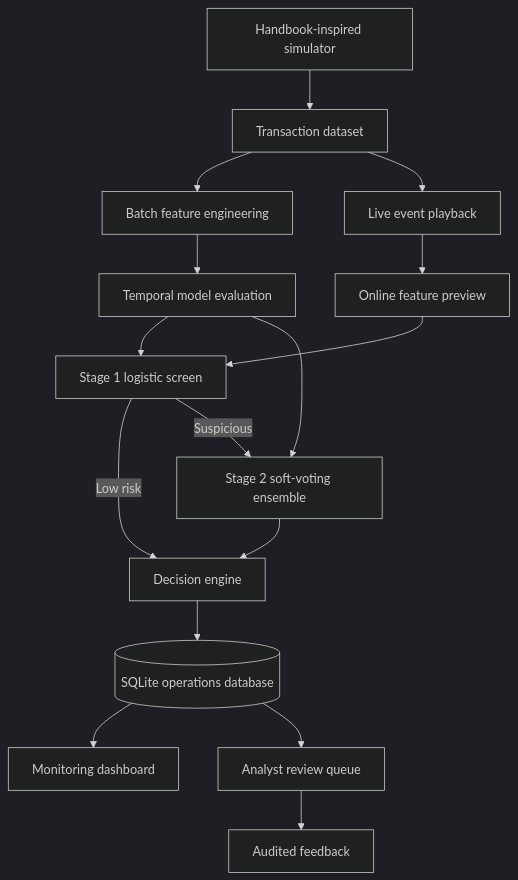
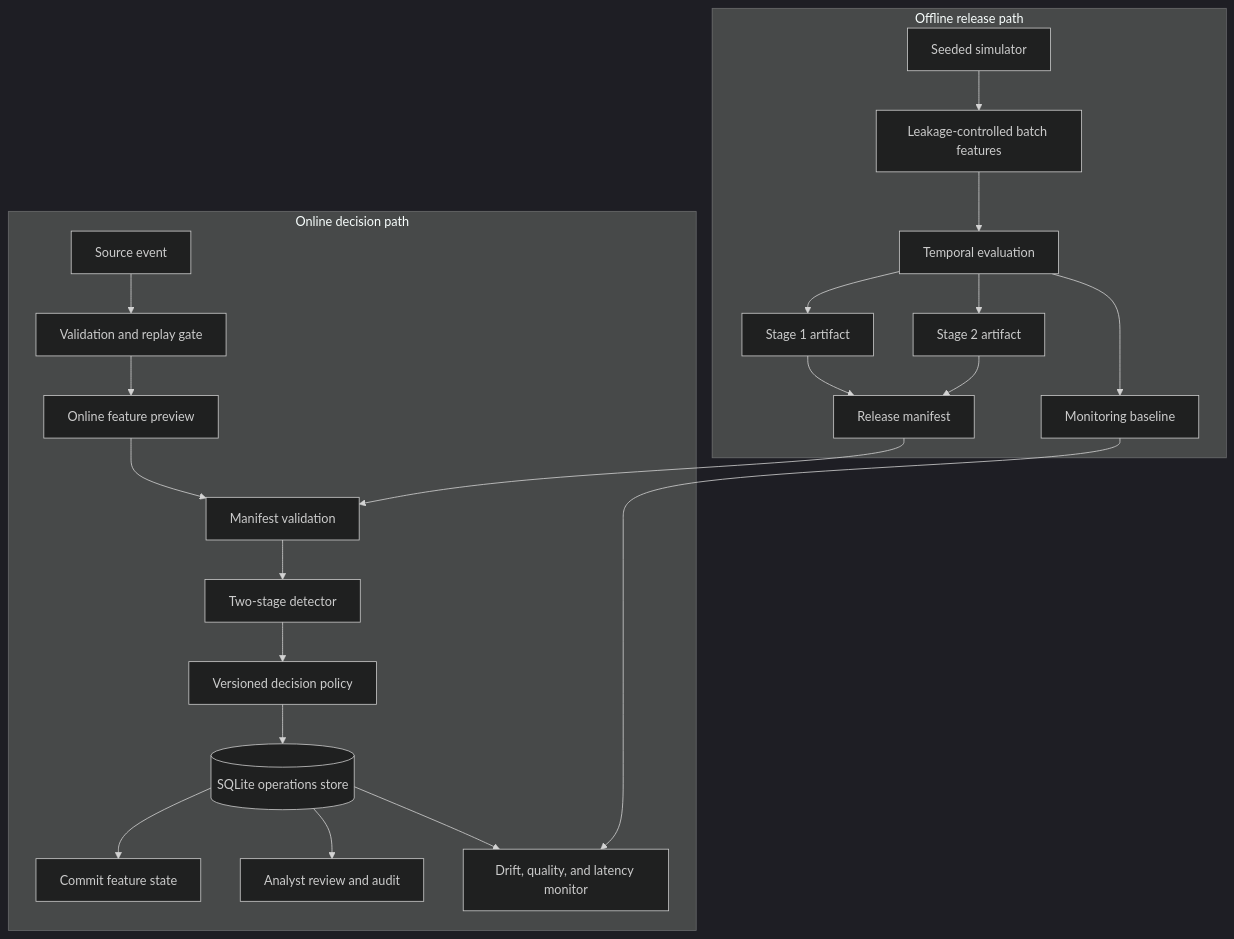
Before and after one commit to mzatylny/fraud_ops: the diagram in ARCHITECTURE.md, drawn with Mermaid (dark theme). The commit also changed other lines of this file and 31 other files, not shown here.

Commit message:
Add model governance and drift monitoring

````diff
--- a/ARCHITECTURE.md
+++ b/ARCHITECTURE.md
@@ -3,18 +5,26 @@
 ```mermaid
 flowchart TD
-    A[Handbook-inspired simulator] --> B[Transaction dataset]
-    B --> C[Batch feature engineering]
-    C --> D[Temporal model evaluation]
-    D --> E1[Stage 1 logistic screen]
-    D --> E2[Stage 2 soft-voting ensemble]
-    B --> F[Live event playback]
-    F --> G[Online feature preview]
-    G --> E1
-    E1 -->|Low risk| H[Decision engine]
-    E1 -->|Suspicious| E2
-    E2 --> H
-    H --> I[(SQLite operations database)]
-    I --> J[Monitoring dashboard]
-    I --> K[Analyst review queue]
-    K --> L[Audited feedback]
+    subgraph Offline[Offline release path]
+        A[Seeded simulator] --> B[Leakage-controlled batch features]
+        B --> C[Temporal evaluation]
+        C --> D1[Stage 1 artifact]
+        C --> D2[Stage 2 artifact]
+        D1 --> E[Release manifest]
+        D2 --> E
+        C --> F[Monitoring baseline]
+    end
+
+    subgraph Online[Online decision path]
+        G[Source event] --> H[Validation and replay gate]
+        H --> I[Online feature preview]
+        I --> J[Manifest validation]
+        E --> J
+        J --> K[Two-stage detector]
+        K --> L[Versioned decision policy]
+        L --> M[(SQLite operations store)]
+        M --> N[Commit feature state]
+        M --> O[Analyst review and audit]
+        M --> P[Drift, quality, and latency monitor]
+        F --> P
+    end
 ```
````
